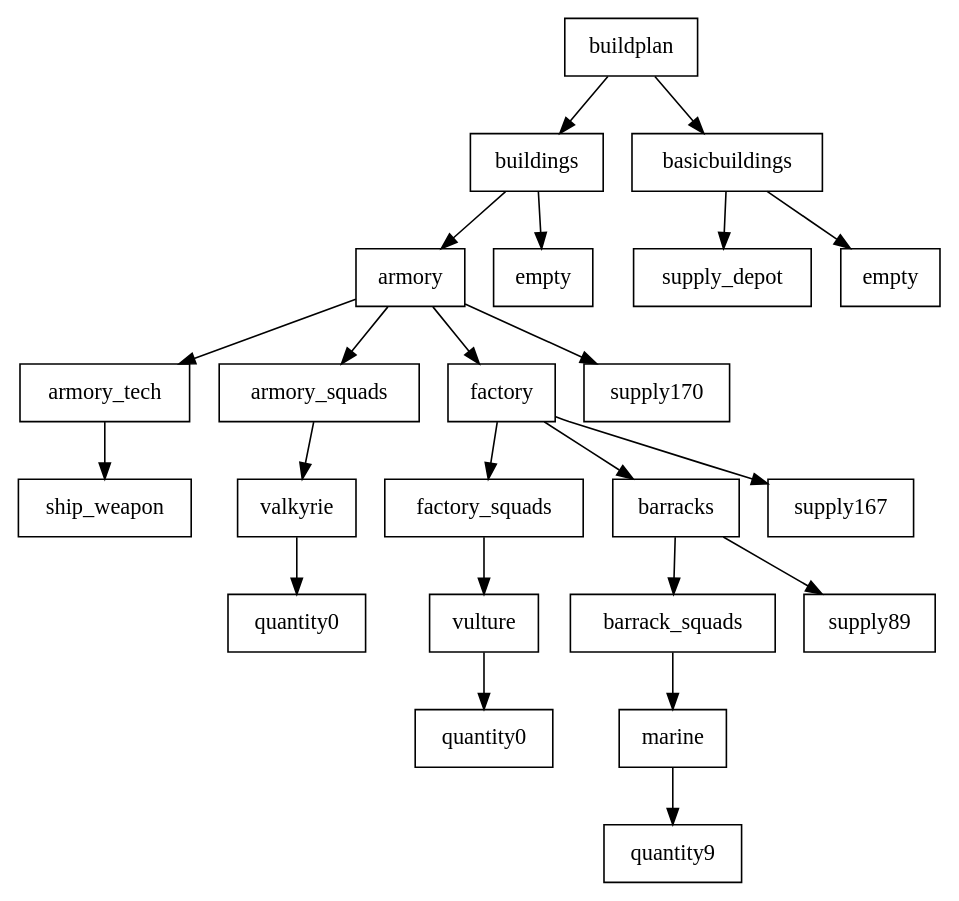
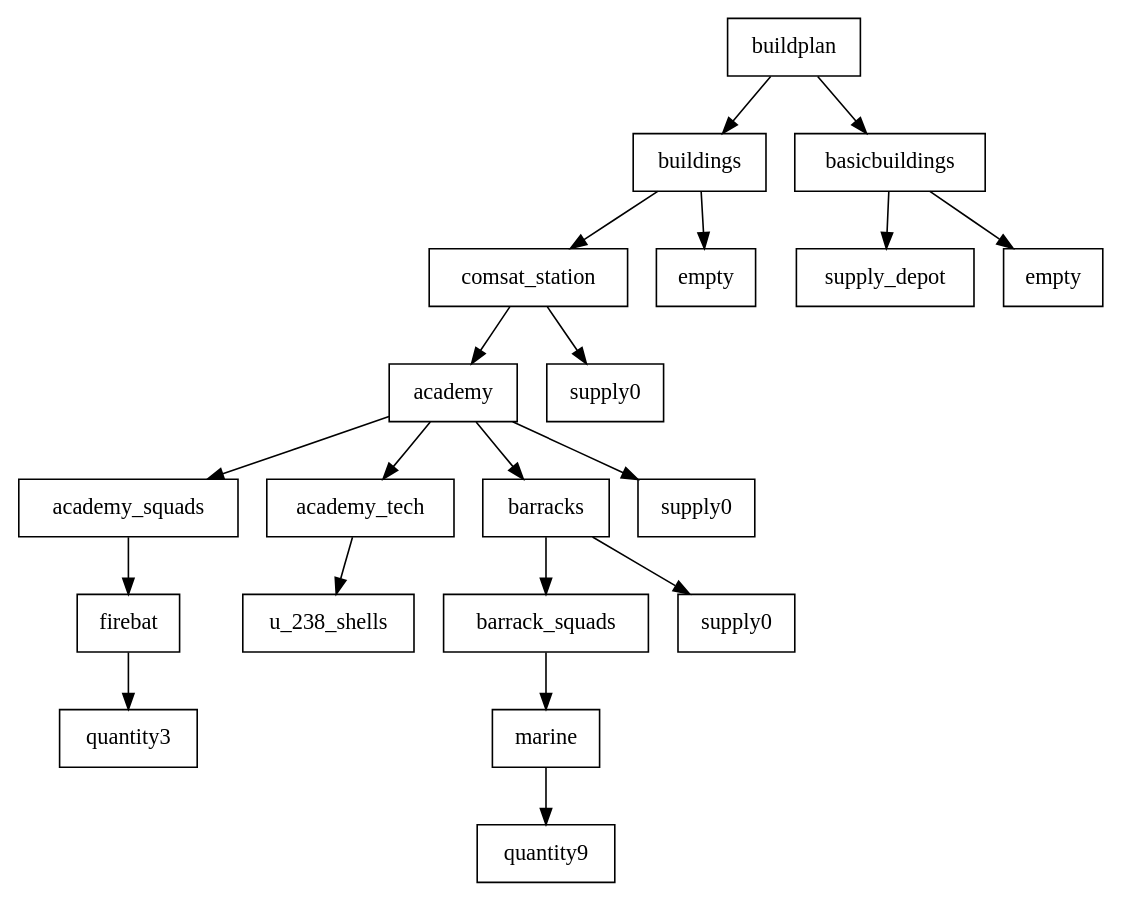
Before and after one commit to cryogenic-dreams/StarCraft-GPBot: the diagram in GPBot/file.dot, drawn with Graphviz. The commit also changed 14 other files, not shown here.

Commit message:
graphviz

```diff
--- a/GPBot/file.dot
+++ b/GPBot/file.dot
@@ -1,49 +1,43 @@
 digraph g {
 graph [ordering=out];
 node [shape=rectangle];
 n[label = "buildplan"];
 n0[label = "buildings"];
-n00[label = "armory"];
-n000[label = "armory_tech"];
-n0000[label = "ship_weapon"];
+n00[label = "comsat_station"];
+n000[label = "academy"];
+n0000[label = "academy_squads"];
+n00000[label = "firebat"];
+n000000[label = "quantity3"];
+n00000 -> n000000;
+n0000 -> n00000;
 n000 -> n0000;
+n0001[label = "academy_tech"];
+n00010[label = "u_238_shells"];
+n0001 -> n00010;
+n000 -> n0001;
+n0002[label = "barracks"];
+n00020[label = "barrack_squads"];
+n000200[label = "marine"];
+n0002000[label = "quantity9"];
+n000200 -> n0002000;
+n00020 -> n000200;
+n0002 -> n00020;
+n00021[label = "supply0"];
+n0002 -> n00021;
+n000 -> n0002;
+n0003[label = "supply0"];
+n000 -> n0003;
 n00 -> n000;
-n001[label = "armory_squads"];
-n0010[label = "valkyrie"];
-n00100[label = "quantity0"];
-n0010 -> n00100;
-n001 -> n0010;
+n001[label = "supply0"];
 n00 -> n001;
-n002[label = "factory"];
-n0020[label = "factory_squads"];
-n00200[label = "vulture"];
-n002000[label = "quantity0"];
-n00200 -> n002000;
-n0020 -> n00200;
-n002 -> n0020;
-n0021[label = "barracks"];
-n00210[label = "barrack_squads"];
-n002100[label = "marine"];
-n0021000[label = "quantity9"];
-n002100 -> n0021000;
-n00210 -> n002100;
-n0021 -> n00210;
-n00211[label = "supply89"];
-n0021 -> n00211;
-n002 -> n0021;
-n0022[label = "supply167"];
-n002 -> n0022;
-n00 -> n002;
-n003[label = "supply170"];
-n00 -> n003;
 n0 -> n00;
 n01[label = "empty"];
 n0 -> n01;
 n -> n0;
 n1[label = "basicbuildings"];
 n10[label = "supply_depot"];
 n1 -> n10;
 n11[label = "empty"];
 n1 -> n11;
 n -> n1;
 }
```
